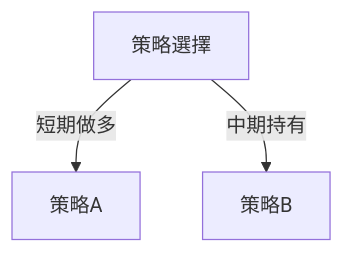
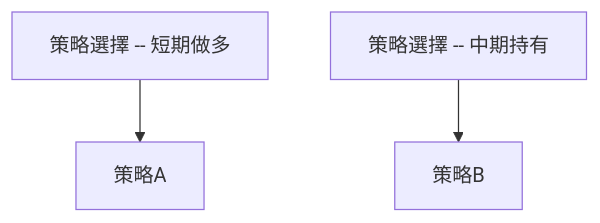
Before and after one commit to yennanliu/finance_data: the ninth of 10 diagrams in ai_gen_report/stock/pl/technical_analysis_2026-04-05_openai.md, drawn with Mermaid. The commit also changed other lines of this file and 2258 other files, not shown here.

First line of the commit message:
chore: backfill Mermaid syntax repair across existing reports

````diff
--- a/ai_gen_report/stock/pl/technical_analysis_2026-04-05_openai.md
+++ b/ai_gen_report/stock/pl/technical_analysis_2026-04-05_openai.md
@@ -293,5 +293,5 @@
 ```mermaid
 graph TD
-    策略選擇 -- 短期做多 --> 策略A
-    策略選擇 -- 中期持有 --> 策略B
+    nb1["策略選擇 -- 短期做多"] --> 策略A
+    nb2["策略選擇 -- 中期持有"] --> 策略B
 ```
````
